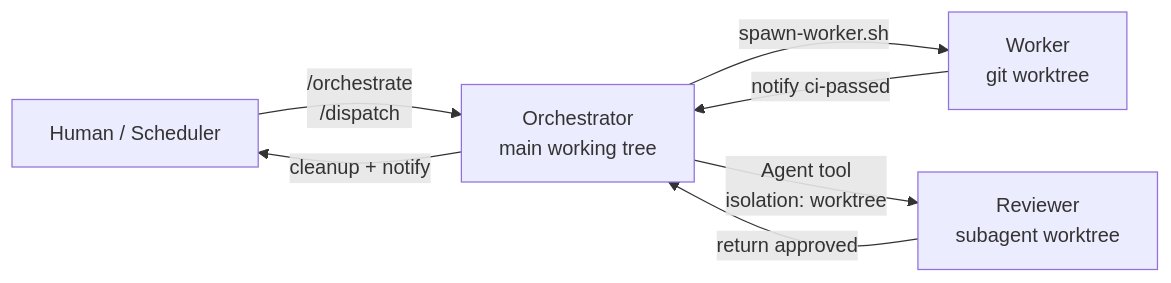
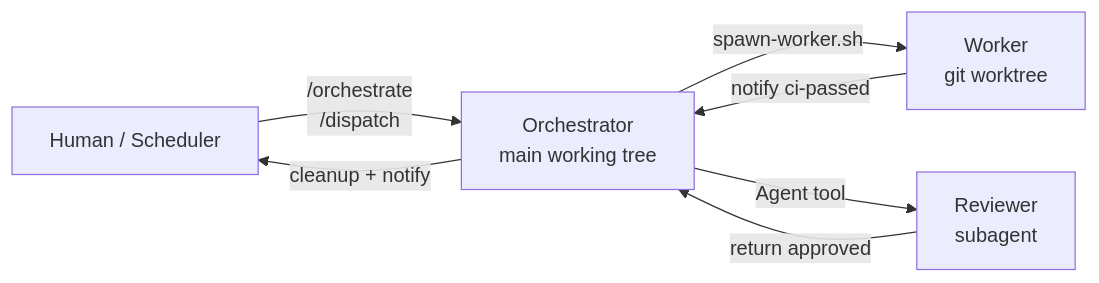
The diagram in README.md (clonable-eden/cekernel), drawn with Mermaid before and after one commit. The commit also changed other lines of this file, not shown here.

Commit message:
docs: update README.md for ADR-0021 and inspect removal
- Remove `isolation: worktree` from Reviewer Mermaid diagram (ADR-0021)
- Update /orchctl description to reflect inspect command removal (#659)

closes #667

````diff
--- a/README.md
+++ b/README.md
@@ -10,9 +10,9 @@
 ```mermaid
 graph LR
     H[Human / Scheduler] -->|/orchestrate<br/>/dispatch| O[Orchestrator<br/>main working tree]
     O -->|spawn-worker.sh| W[Worker<br/>git worktree]
     W -->|notify ci-passed| O
-    O -->|Agent tool<br/>isolation: worktree| R[Reviewer<br/>subagent worktree]
+    O -->|Agent tool| R[Reviewer<br/>subagent]
     R -->|return approved| O
     O -->|cleanup + notify| H
 ```
````
